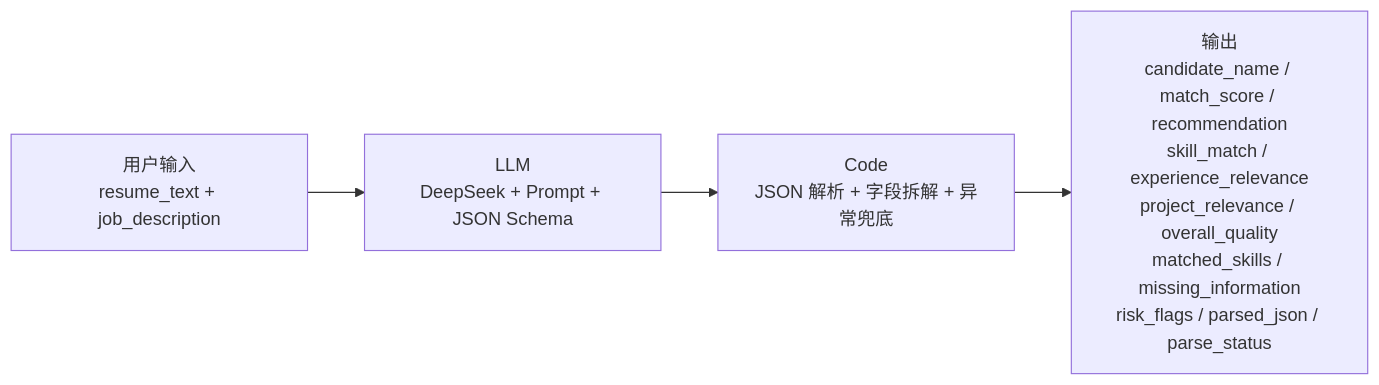
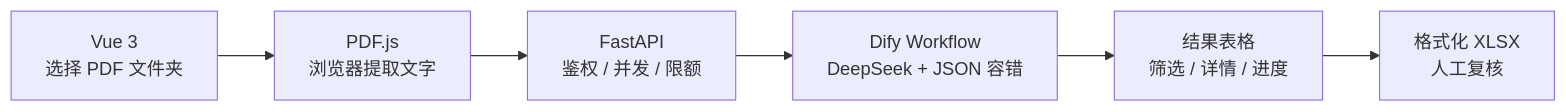
Before and after one commit to hllwld/ai-resume-screening: the diagram in README.md, drawn with Mermaid. The commit also changed other lines of this file and 19 other files, not shown here.

````diff
--- a/README.md
+++ b/README.md
@@ -13,6 +24,8 @@
 ```mermaid
 flowchart LR
-  A["用户输入<br/>resume_text + job_description"] --> B["LLM<br/>DeepSeek + Prompt + JSON Schema"]
-  B --> C["Code<br/>JSON 解析 + 字段拆解 + 异常兜底"]
-  C --> D["输出<br/>candidate_name / match_score / recommendation<br/>skill_match / experience_relevance<br/>project_relevance / overall_quality<br/>matched_skills / missing_information<br/>risk_flags / parsed_json / parse_status"]
+  A["Vue 3<br/>选择 PDF 文件夹"] --> B["PDF.js<br/>浏览器提取文字"]
+  B --> C["FastAPI<br/>鉴权 / 并发 / 限额"]
+  C --> D["Dify Workflow<br/>DeepSeek + JSON 容错"]
+  D --> E["结果表格<br/>筛选 / 详情 / 进度"]
+  E --> F["格式化 XLSX<br/>人工复核"]
 ```
````
